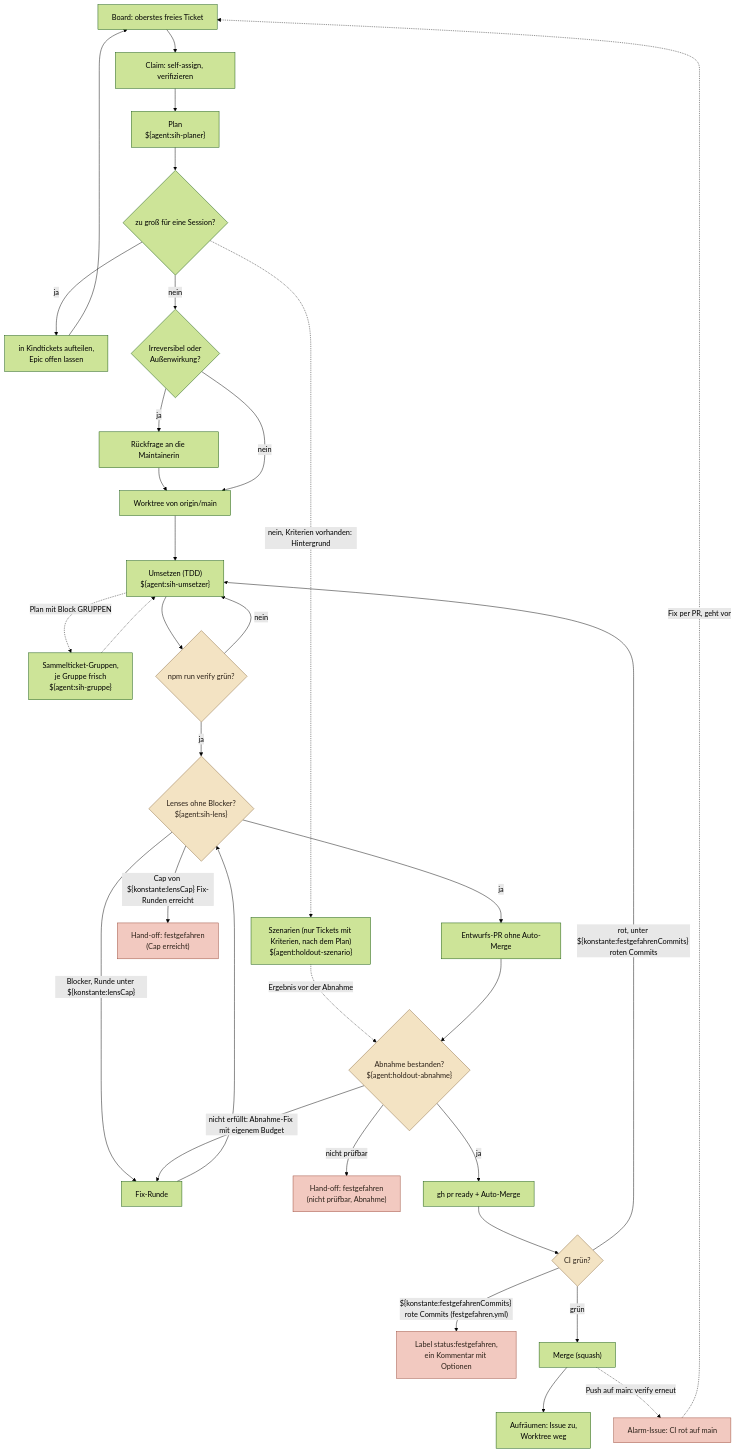
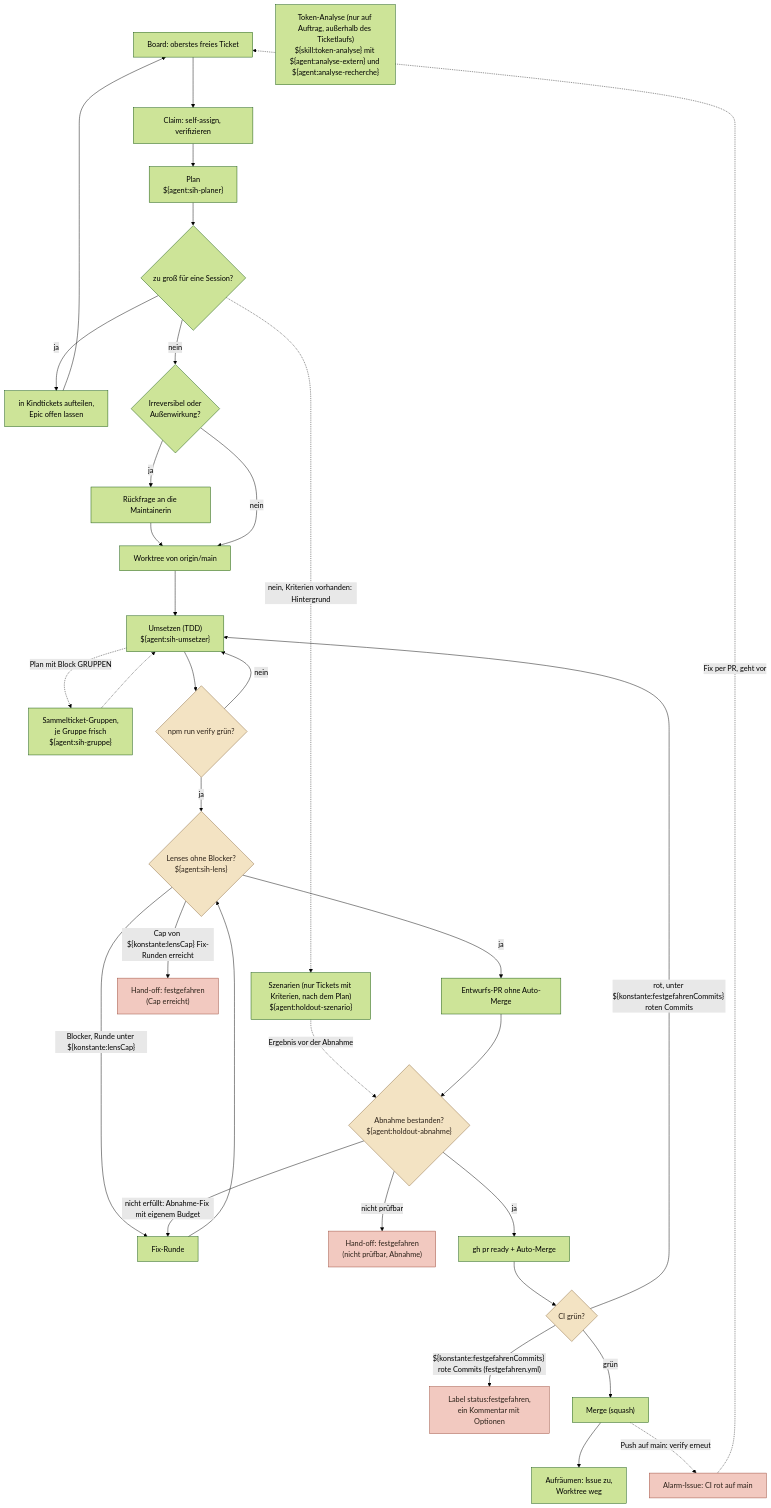
Before and after one commit to fluffels/self-improving-agent-harness-and-factory: the diagram in docs/diagramme/agenten-ablauf.mmd, drawn with Mermaid (forest theme). The commit also changed 24 other files, not shown here.

First line of the commit message:
SIH-576 Token-Analyse 6/9: Analyse-Skill mit Teil 0 und sechs Subagenten (factory#518) (#612)

```diff
--- a/docs/diagramme/agenten-ablauf.mmd
+++ b/docs/diagramme/agenten-ablauf.mmd
@@ -1,55 +1,56 @@
 flowchart TD
   board["Board: oberstes freies Ticket"]
   claim["Claim: self-assign, verifizieren"]
   wt["Worktree von origin/main"]
   szen["Szenarien (nur Tickets mit Kriterien, nach dem Plan)<br/>${agent:holdout-szenario}"]
   plan["Plan<br/>${agent:sih-planer}"]
   epic{"zu groß für eine Session?"}
   kinder["in Kindtickets aufteilen,<br/>Epic offen lassen"]
   pre{"Irreversibel oder<br/>Außenwirkung?"}
   frage["Rückfrage an die Maintainerin"]
   umsetzen["Umsetzen (TDD)<br/>${agent:sih-umsetzer}"]
   gruppen["Sammelticket-Gruppen,<br/>je Gruppe frisch<br/>${agent:sih-gruppe}"]
   verify{"npm run verify grün?"}
   lenses{"Lenses ohne Blocker?<br/>${agent:sih-lens}"}
   fix["Fix-Runde"]
   handoff["Hand-off: festgefahren<br/>(Cap erreicht)"]
   entwurf["Entwurfs-PR ohne Auto-Merge"]
   abnahme{"Abnahme bestanden?<br/>${agent:holdout-abnahme}"}
   handoff2["Hand-off: festgefahren<br/>(nicht prüfbar, Abnahme)"]
   pr["gh pr ready + Auto-Merge"]
   ci{"CI grün?"}
   fest["Label status:festgefahren,<br/>ein Kommentar mit Optionen"]
   merge["Merge (squash)"]
   cleanup["Aufräumen: Issue zu,<br/>Worktree weg"]
   alarm["Alarm-Issue: CI rot auf main"]
+  analyse["Token-Analyse (nur auf Auftrag, außerhalb des Ticketlaufs)<br/>${skill:token-analyse} mit ${agent:analyse-extern} und ${agent:analyse-recherche}"]
 
   board --> claim --> plan --> epic
   epic -- ja --> kinder --> board
   epic -- nein --> pre
   epic -. "nein, Kriterien vorhanden: Hintergrund" .-> szen
   szen -.->|"Ergebnis vor der Abnahme"| abnahme
   pre -- ja --> frage --> wt
   pre -- nein --> wt
   wt --> umsetzen
   umsetzen --> verify
   umsetzen -.->|"Plan mit Block GRUPPEN"| gruppen -.-> umsetzen
   verify -- nein --> umsetzen
   verify -- ja --> lenses
   lenses -- "Blocker, Runde unter ${konstante:lensCap}" --> fix --> lenses
   lenses -- "Cap von ${konstante:lensCap} Fix-Runden erreicht" --> handoff
   lenses -- ja --> entwurf --> abnahme
   abnahme -- "nicht erfüllt: Abnahme-Fix mit eigenem Budget" --> fix
   abnahme -- "nicht prüfbar" --> handoff2
   abnahme -- ja --> pr
   pr --> ci
   ci -- "rot, unter ${konstante:festgefahrenCommits} roten Commits" --> umsetzen
   ci -- "${konstante:festgefahrenCommits} rote Commits (festgefahren.yml)" --> fest
   ci -- grün --> merge --> cleanup
   merge -.->|"Push auf main: verify erneut"| alarm
   alarm -.->|"Fix per PR, geht vor"| board
 
   classDef schleife fill:#f3e3c3,stroke:#8a6a3f,color:#2b2118
   classDef stopp fill:#f2c9c0,stroke:#9a4a3a,color:#2b2118
   class verify,lenses,abnahme,ci schleife
   class handoff,handoff2,fest,alarm stopp
```
